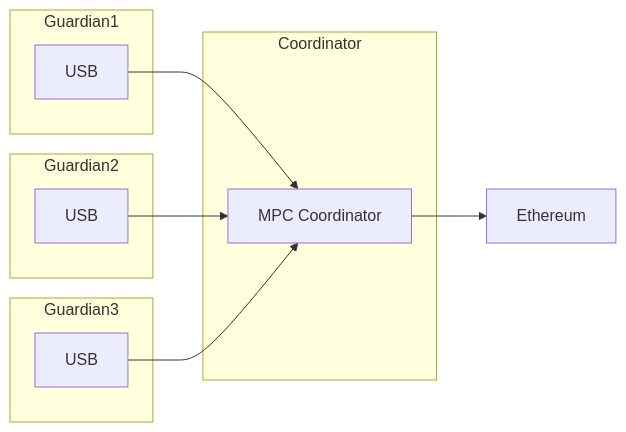
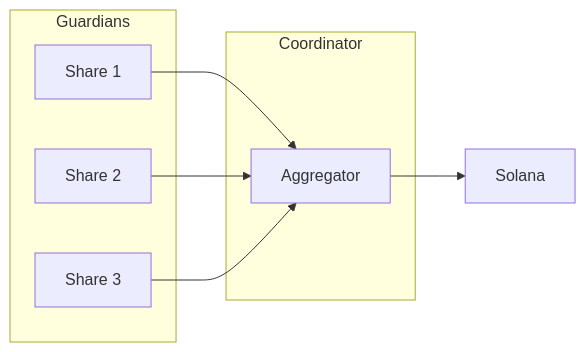
Diagram 12 of 15 in Architecture.md (rishi-xyz/horcrux), drawn with Mermaid before and after one commit. The commit also changed other lines of this file and 12 other files, not shown here.

````diff
--- a/Architecture.md
+++ b/Architecture.md
@@ -1339,27 +980,18 @@
 ```mermaid
 flowchart LR
 
-subgraph Guardian1
-A[USB]
-end
-
-subgraph Guardian2
-B[USB]
-end
-
-subgraph Guardian3
-C[USB]
+subgraph Guardians
+A[Share 1]
+B[Share 2]
+C[Share 3]
 end
 
 subgraph Coordinator
-D[MPC Coordinator]
+D[Aggregator]
 end
 
 A --> D
-
 B --> D
-
 C --> D
-
-D --> Ethereum
+D --> Solana
 ```
````
